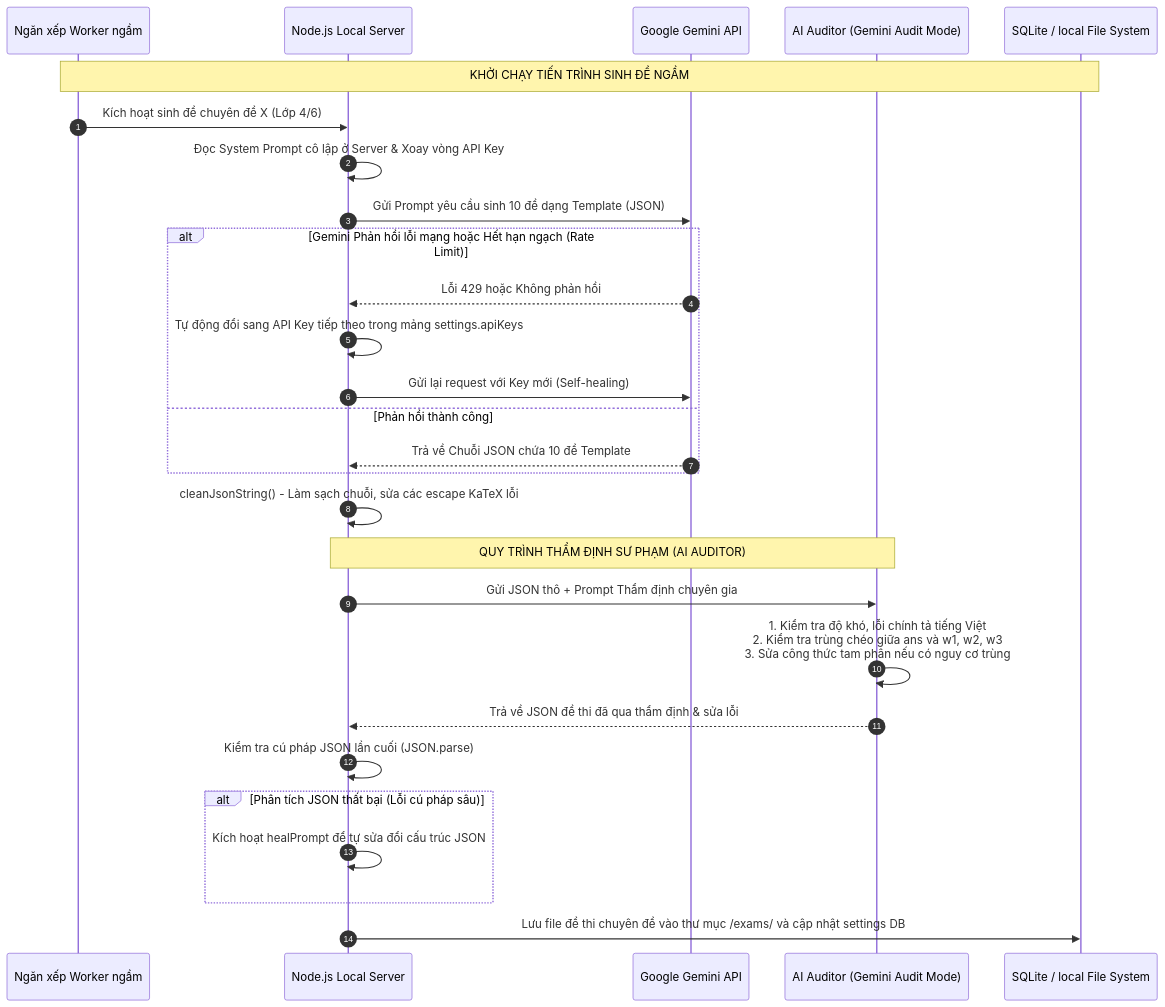
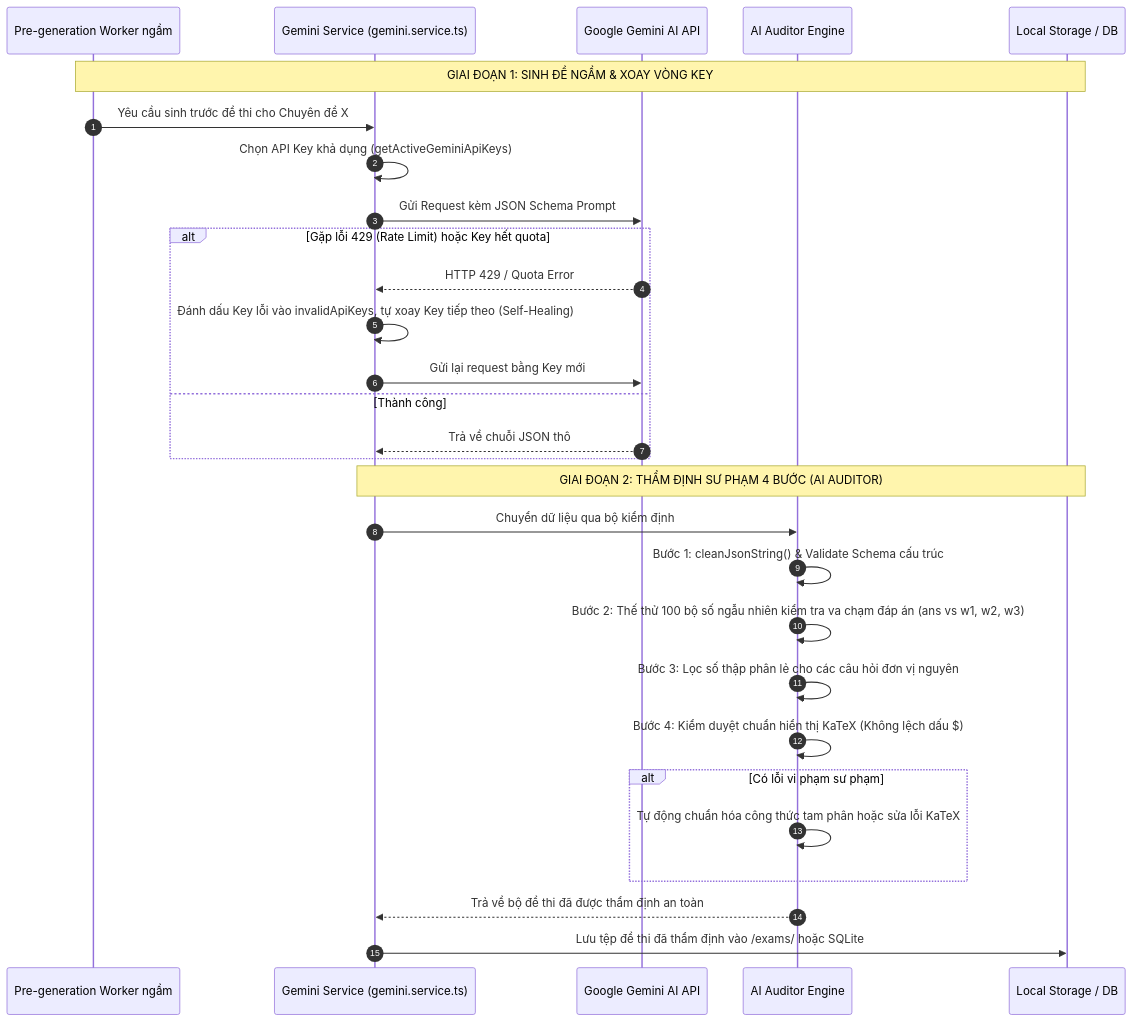
The sixth of 8 diagrams in MASTER_SYSTEM_ARCHITECTURE.md (skyprotect/Hoctap), drawn with Mermaid before and after one commit. The commit also changed other lines of this file and 46 other files, not shown here.

````diff
--- a/MASTER_SYSTEM_ARCHITECTURE.md
+++ b/MASTER_SYSTEM_ARCHITECTURE.md
@@ -251,35 +545,35 @@
 ```mermaid
 sequenceDiagram
     autonumber
-    participant WK as Ngăn xếp Worker ngầm
-    participant SV as Node.js Local Server
-    participant GM as Google Gemini API
-    participant AD as AI Auditor (Gemini Audit Mode)
-    participant FS as SQLite / local File System
+    participant WK as Pre-generation Worker ngầm
+    participant GS as Gemini Service (gemini.service.ts)
+    participant GM as Google Gemini AI API
+    participant AU as AI Auditor Engine
+    participant FS as Local Storage / DB
 
-    Note over WK, FS: KHỞI CHẠY TIẾN TRÌNH SINH ĐỀ NGẦM
-    WK->>SV: Kích hoạt sinh đề chuyên đề X (Lớp 4/6)
-    SV->>SV: Đọc System Prompt cô lập ở Server & Xoay vòng API Key
-    SV->>GM: Gửi Prompt yêu cầu sinh 10 đề dạng Template (JSON)
-    alt Gemini Phản hồi lỗi mạng hoặc Hết hạn ngạch (Rate Limit)
-        GM-->>SV: Lỗi 429 hoặc Không phản hồi
-        SV->>SV: Tự động đổi sang API Key tiếp theo trong mảng settings.apiKeys
-        SV->>GM: Gửi lại request với Key mới (Self-healing)
-    else Phản hồi thành công
-        GM-->>SV: Trả về Chuỗi JSON chứa 10 đề Template
+    Note over WK, FS: GIAI ĐOẠN 1: SINH ĐỀ NGẦM & XOAY VÒNG KEY
+    WK->>GS: Yêu cầu sinh trước đề thi cho Chuyên đề X
+    GS->>GS: Chọn API Key khả dụng (getActiveGeminiApiKeys)
+    GS->>GM: Gửi Request kèm JSON Schema Prompt
+    alt Gặp lỗi 429 (Rate Limit) hoặc Key hết quota
+        GM-->>GS: HTTP 429 / Quota Error
+        GS->>GS: Đánh dấu Key lỗi vào invalidApiKeys, tự xoay Key tiếp theo (Self-Healing)
+        GS->>GM: Gửi lại request bằng Key mới
+    else Thành công
+        GM-->>GS: Trả về chuỗi JSON thô
+    end
+
+    Note over GS, FS: GIAI ĐOẠN 2: THẨM ĐỊNH SƯ PHẠM 4 BƯỚC (AI AUDITOR)
+    GS->>AU: Chuyển dữ liệu qua bộ kiểm định
+    AU->>AU: Bước 1: cleanJsonString() & Validate Schema cấu trúc
+    AU->>AU: Bước 2: Thế thử 100 bộ số ngẫu nhiên kiểm tra va chạm đáp án (ans vs w1, w2, w3)
+    AU->>AU: Bước 3: Lọc số thập phân lẻ cho các câu hỏi đơn vị nguyên
+    AU->>AU: Bước 4: Kiểm duyệt chuẩn hiển thị KaTeX (Không lệch dấu $)
+    
+    alt Có lỗi vi phạm sư phạm
+        AU->>AU: Tự động chuẩn hóa công thức tam phân hoặc sửa lỗi KaTeX
     end
     
-    SV->>SV: cleanJsonString() - Làm sạch chuỗi, sửa các escape KaTeX lỗi
-    
-    Note over SV, AD: QUY TRÌNH THẨM ĐỊNH SƯ PHẠM (AI AUDITOR)
-    SV->>AD: Gửi JSON thô + Prompt Thẩm định chuyên gia
-    AD->>AD: 1. Kiểm tra độ khó, lỗi chính tả tiếng Việt<br/>2. Kiểm tra trùng chéo giữa ans và w1, w2, w3<br/>3. Sửa công thức tam phân nếu có nguy cơ trùng
-    AD-->>SV: Trả về JSON đề thi đã qua thẩm định & sửa lỗi
-    
-    SV->>SV: Kiểm tra cú pháp JSON lần cuối (JSON.parse)
-    alt Phân tích JSON thất bại (Lỗi cú pháp sâu)
-        SV->>SV: Kích hoạt healPrompt để tự sửa đổi cấu trúc JSON
-    end
-    
-    SV->>FS: Lưu file đề thi chuyên đề vào thư mục /exams/ và cập nhật settings DB
+    AU-->>GS: Trả về bộ đề thi đã được thẩm định an toàn
+    GS->>FS: Lưu tệp đề thi đã thẩm định vào /exams/ hoặc SQLite
 ```
````
